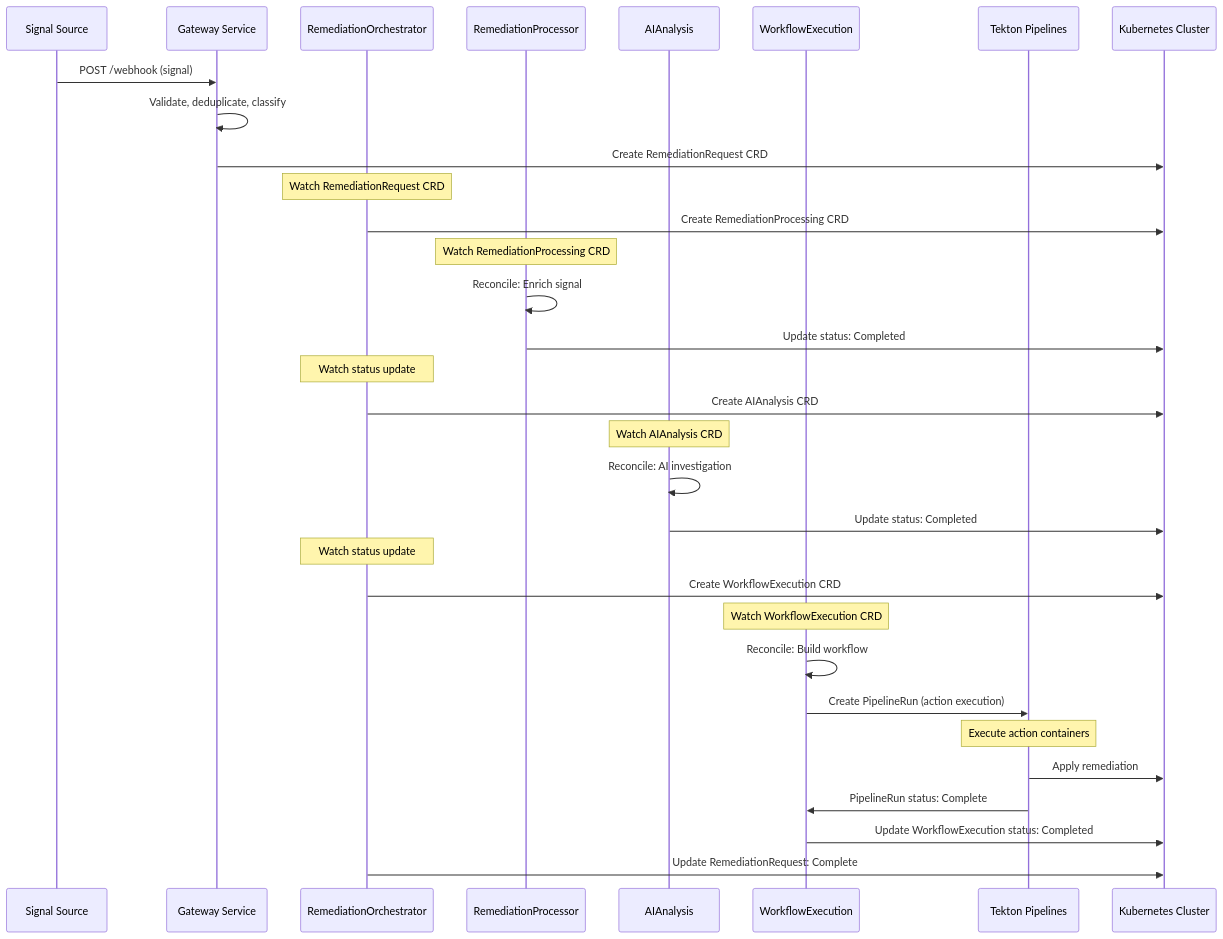
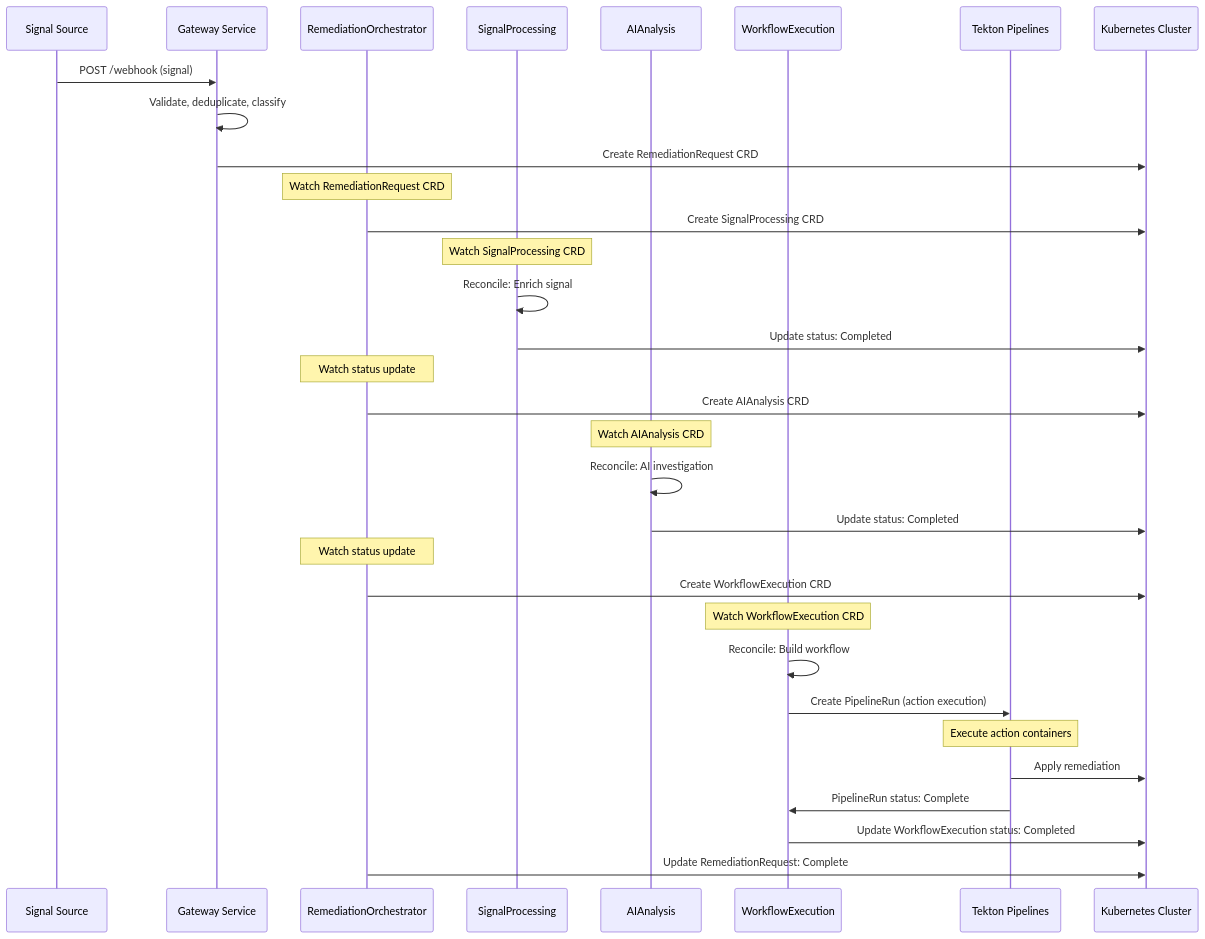
One commit to jordigilh/kubernaut changed the diagram in README.md. Above: the diagram before and after it, drawn with Mermaid. The commit also changed other lines of this file and 26 other files, not shown here.

First line of the commit message:
docs: Complete SignalProcessing rename + root ephemeral cleanup

````diff
--- a/README.md
+++ b/README.md
@@ -156,44 +156,44 @@
 ```mermaid
 sequenceDiagram
     participant SRC as Signal Source
     participant GW as Gateway Service
     participant ORCH as RemediationOrchestrator
-    participant RP as RemediationProcessor
+    participant SP as SignalProcessing
     participant AI as AIAnalysis
     participant WF as WorkflowExecution
     participant TEK as Tekton Pipelines
     participant K8S as Kubernetes Cluster
 
     SRC->>GW: POST /webhook (signal)
     GW->>GW: Validate, deduplicate, classify
     GW->>K8S: Create RemediationRequest CRD
 
     Note over ORCH: Watch RemediationRequest CRD
-    ORCH->>K8S: Create RemediationProcessing CRD
+    ORCH->>K8S: Create SignalProcessing CRD
 
-    Note over RP: Watch RemediationProcessing CRD
-    RP->>RP: Reconcile: Enrich signal
-    RP->>K8S: Update status: Completed
+    Note over SP: Watch SignalProcessing CRD
+    SP->>SP: Reconcile: Enrich signal
+    SP->>K8S: Update status: Completed
 
     Note over ORCH: Watch status update
     ORCH->>K8S: Create AIAnalysis CRD
 
     Note over AI: Watch AIAnalysis CRD
     AI->>AI: Reconcile: AI investigation
     AI->>K8S: Update status: Completed
 
     Note over ORCH: Watch status update
     ORCH->>K8S: Create WorkflowExecution CRD
 
     Note over WF: Watch WorkflowExecution CRD
     WF->>WF: Reconcile: Build workflow
     WF->>TEK: Create PipelineRun (action execution)
 
     Note over TEK: Execute action containers
     TEK->>K8S: Apply remediation
     TEK->>WF: PipelineRun status: Complete
 
     WF->>K8S: Update WorkflowExecution status: Completed
 
     ORCH->>K8S: Update RemediationRequest: Complete
 ```
````
